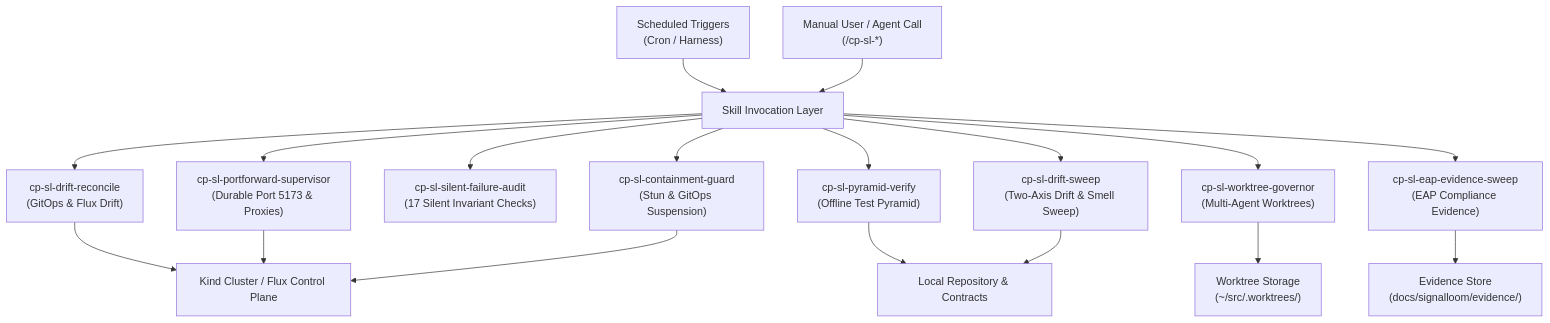
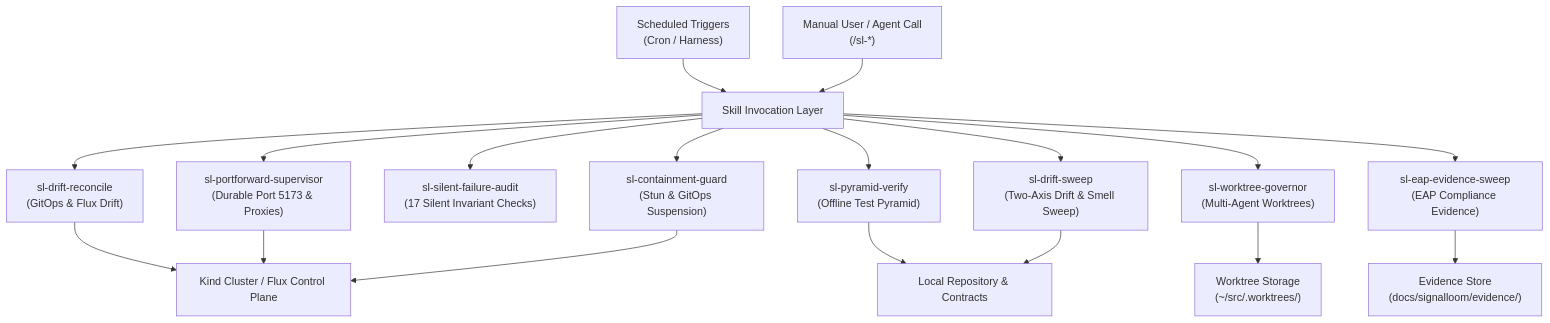
One commit to sublimino/architecture-as-code changed the diagram in docs/signalloom/scheduled-skills.md. Above: the diagram before and after it, drawn with Mermaid. The commit also changed other lines of this file and 34 other files, not shown here.

````diff
--- a/docs/signalloom/scheduled-skills.md
+++ b/docs/signalloom/scheduled-skills.md
@@ -13,22 +13,22 @@
 ```mermaid
 flowchart TD
   CRON["Scheduled Triggers<br/>(Cron / Harness)"] --> RUNNER["Skill Invocation Layer"]
-  MANUAL["Manual User / Agent Call<br/>(/cp-sl-*)"] --> RUNNER
+  MANUAL["Manual User / Agent Call<br/>(/sl-*)"] --> RUNNER
 
-  RUNNER --> DRIFT["cp-sl-drift-reconcile<br/>(GitOps & Flux Drift)"]
-  RUNNER --> INGRESS["cp-sl-portforward-supervisor<br/>(Durable Port 5173 & Proxies)"]
-  RUNNER --> AUDIT["cp-sl-silent-failure-audit<br/>(17 Silent Invariant Checks)"]
-  RUNNER --> GUARD["cp-sl-containment-guard<br/>(Stun & GitOps Suspension)"]
-  RUNNER --> PYRAMID["cp-sl-pyramid-verify<br/>(Offline Test Pyramid)"]
-  RUNNER --> GOV["cp-sl-worktree-governor<br/>(Multi-Agent Worktrees)"]
-  RUNNER --> SWEEP["cp-sl-eap-evidence-sweep<br/>(EAP Compliance Evidence)"]
-  RUNNER --> DSWEEP["cp-sl-drift-sweep<br/>(Two-Axis Drift & Smell Sweep)"]
+  RUNNER --> DRIFT["sl-drift-reconcile<br/>(GitOps & Flux Drift)"]
+  RUNNER --> INGRESS["sl-portforward-supervisor<br/>(Durable Port 5173 & Proxies)"]
+  RUNNER --> AUDIT["sl-silent-failure-audit<br/>(17 Silent Invariant Checks)"]
+  RUNNER --> GUARD["sl-containment-guard<br/>(Stun & GitOps Suspension)"]
+  RUNNER --> PYRAMID["sl-pyramid-verify<br/>(Offline Test Pyramid)"]
+  RUNNER --> GOV["sl-worktree-governor<br/>(Multi-Agent Worktrees)"]
+  RUNNER --> SWEEP["sl-eap-evidence-sweep<br/>(EAP Compliance Evidence)"]
+  RUNNER --> DSWEEP["sl-drift-sweep<br/>(Two-Axis Drift & Smell Sweep)"]
 
   DRIFT --> CLUSTER["Kind Cluster / Flux Control Plane"]
   INGRESS --> CLUSTER
   GUARD --> CLUSTER
   SWEEP --> EVIDENCE["Evidence Store<br/>(docs/signalloom/evidence/)"]
   PYRAMID --> REPO["Local Repository & Contracts"]
   DSWEEP --> REPO
   GOV --> WORKTREES["Worktree Storage<br/>(~/src/.worktrees/)"]
 ```
````
